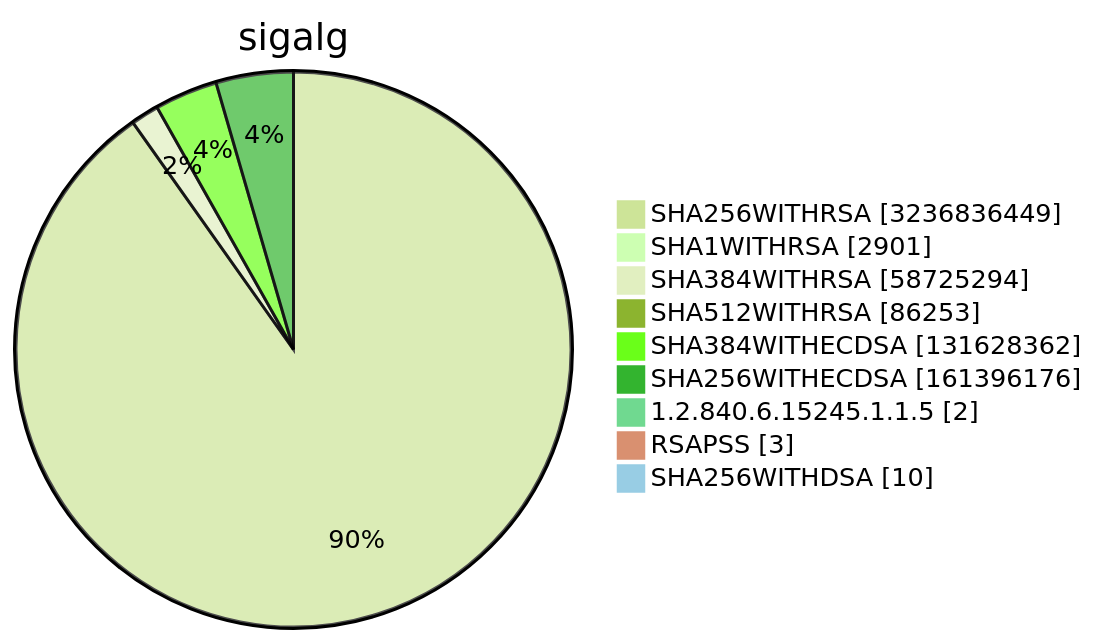
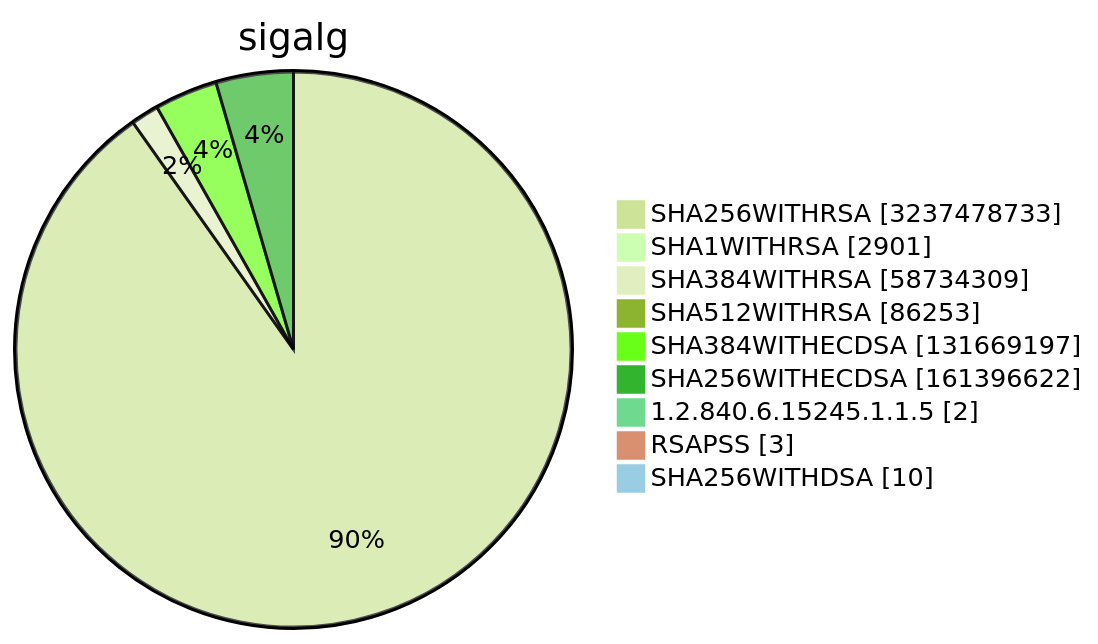
Before and after one commit to christiankrug/ctmonitor_visualization: diagram 15 of 15 in TOTAL/README.md, drawn with Mermaid (forest theme). The commit also changed other lines of this file, not shown here.

````diff
--- a/TOTAL/README.md
+++ b/TOTAL/README.md
@@ -6217,13 +6217,13 @@
 ```mermaid
 pie showData
 title sigalg
-"SHA256WITHRSA" :3236836449
+"SHA256WITHRSA" :3237478733
 "SHA1WITHRSA" :2901
-"SHA384WITHRSA" :58725294
+"SHA384WITHRSA" :58734309
 "SHA512WITHRSA" :86253
-"SHA384WITHECDSA" :131628362
-"SHA256WITHECDSA" :161396176
+"SHA384WITHECDSA" :131669197
+"SHA256WITHECDSA" :161396622
 "1.2.840.6.15245.1.1.5" :2
 "RSAPSS" :3
 "SHA256WITHDSA" :10
 ```
````
